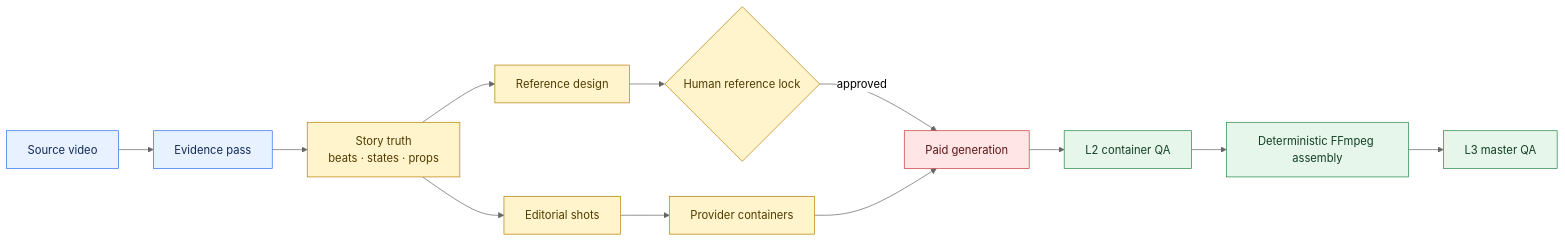
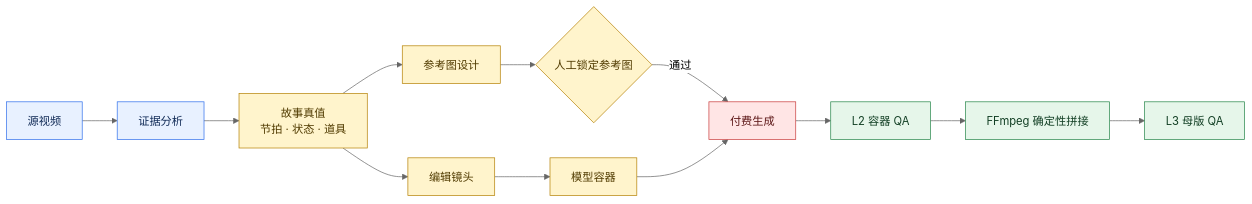
One commit to peipeijiang/chronoforge changed the diagram in README.md. Above: the diagram before and after it, drawn with Mermaid (neutral theme). The commit also changed other lines of this file and 2 other files, not shown here.

````diff
--- a/README.md
+++ b/README.md
@@ -36,23 +36,23 @@
 ```mermaid
 flowchart LR
-  A["Source video"] --> B["Evidence pass"]
-  B --> C["Story truth<br/>beats · states · props"]
-  C --> D["Editorial shots"]
-  D --> E["Provider containers"]
-  C --> F["Reference design"]
-  F --> G{"Human reference lock"}
-  G -->|approved| H["Paid generation"]
+  A["源视频"] --> B["证据分析"]
+  B --> C["故事真值<br/>节拍 · 状态 · 道具"]
+  C --> D["编辑镜头"]
+  D --> E["模型容器"]
+  C --> F["参考图设计"]
+  F --> G{"人工锁定参考图"}
+  G -->|通过| H["付费生成"]
   E --> H
-  H --> I["L2 container QA"]
-  I --> J["Deterministic FFmpeg assembly"]
-  J --> K["L3 master QA"]
+  H --> I["L2 容器 QA"]
+  I --> J["FFmpeg 确定性拼接"]
+  J --> K["L3 母版 QA"]
 
   classDef evidence fill:#E8F1FF,stroke:#2F6FEB,color:#102A56;
   classDef truth fill:#FFF4CC,stroke:#B58105,color:#513B00;
   classDef paid fill:#FFE5E5,stroke:#C93C3C,color:#5C1616;
   classDef output fill:#E6F6EA,stroke:#27864A,color:#123F24;
   class A,B evidence;
   class C,D,E,F,G truth;
   class H paid;
   class I,J,K output;
 ```
````
